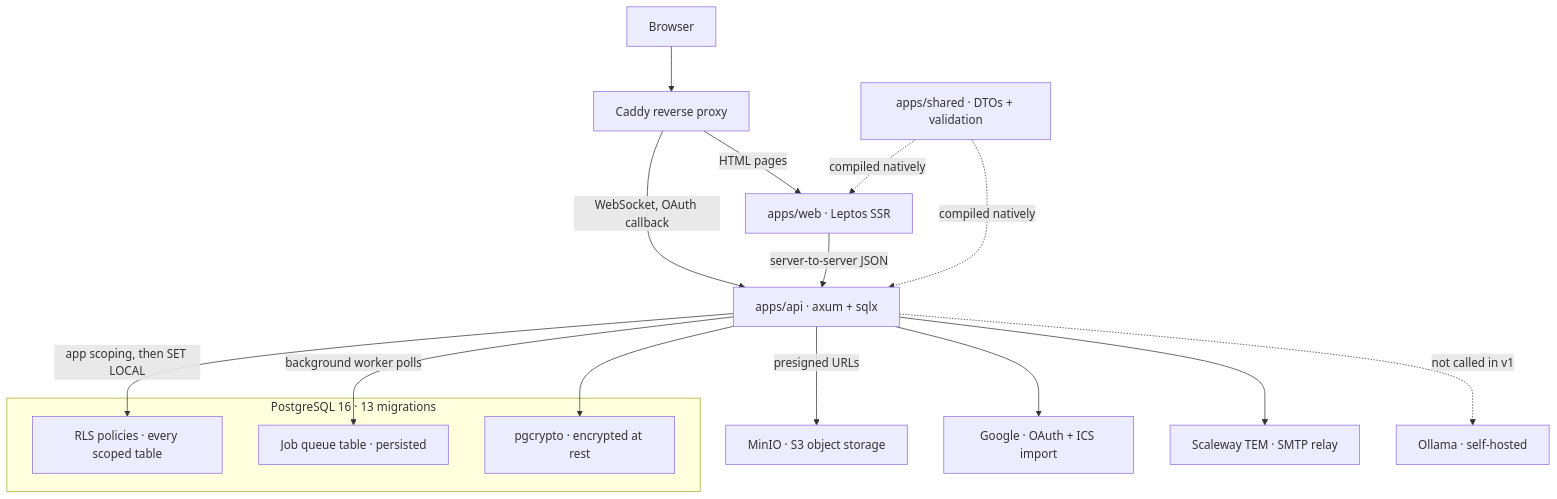
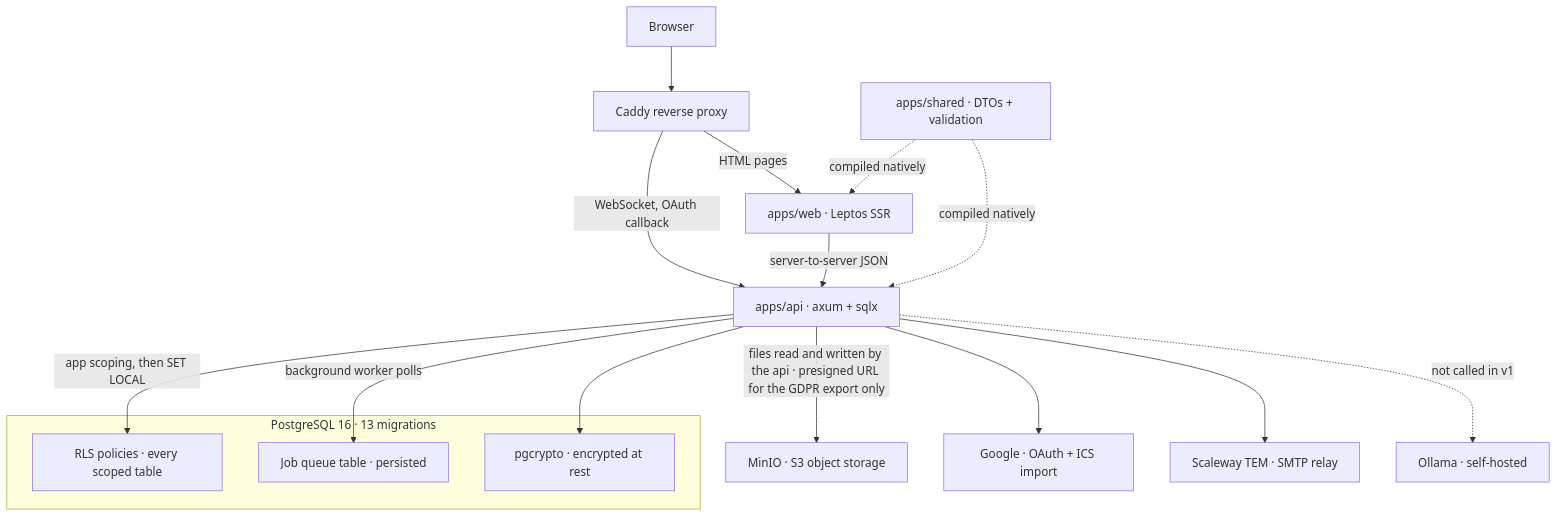
The diagram in README.md (maelprog/manage_our_home), drawn with Mermaid before and after one commit. The commit also changed 14 other files, not shown here.

````diff
--- a/README.md
+++ b/README.md
@@ -13,32 +13,32 @@
 ```mermaid
 flowchart TB
     browser["Browser"]
     caddy["Caddy reverse proxy"]
     web["apps/web · Leptos SSR"]
     api["apps/api · axum + sqlx"]
     shared["apps/shared · DTOs + validation"]
     minio["MinIO · S3 object storage"]
     google["Google · OAuth + ICS import"]
     smtp["Scaleway TEM · SMTP relay"]
     ollama["Ollama · self-hosted"]
 
     subgraph pg["PostgreSQL 16 · 13 migrations"]
         rls["RLS policies · every scoped table"]
         jobs["Job queue table · persisted"]
         crypto["pgcrypto · encrypted at rest"]
     end
 
     browser --> caddy
     caddy -->|"HTML pages"| web
     caddy -->|"WebSocket, OAuth callback"| api
     web -->|"server-to-server JSON"| api
     shared -.->|"compiled natively"| web
     shared -.->|"compiled natively"| api
     api -->|"app scoping, then SET LOCAL"| rls
     api -->|"background worker polls"| jobs
     api --> crypto
-    api -->|"presigned URLs"| minio
+    api -->|"files read and written by the api · presigned URL for the GDPR export only"| minio
     api --> google
     api --> smtp
     api -.->|"not called in v1"| ollama
 ```
````
